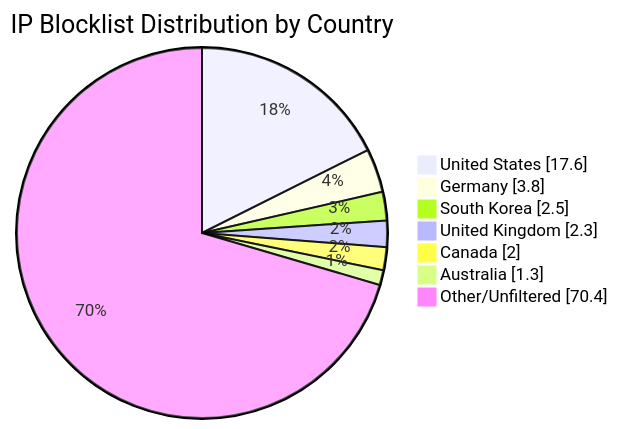
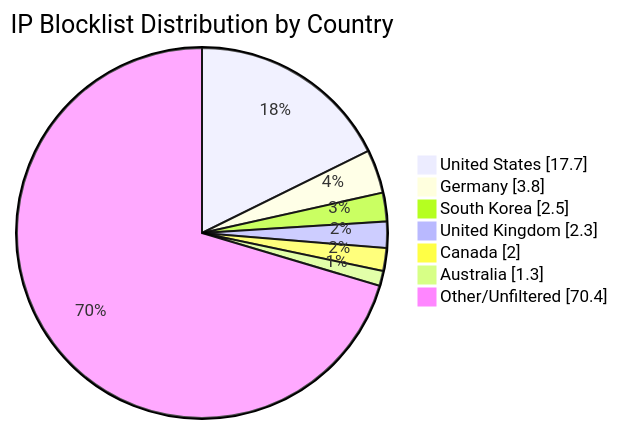
One commit to MarcusHoltz/ipblocklist-geofiltered-aggregator changed the diagram in README.md. Above: the diagram before and after it, drawn with Mermaid. The commit also changed other lines of this file and 9 other files, not shown here.

````diff
--- a/README.md
+++ b/README.md
@@ -34,10 +34,10 @@
 ```mermaid
 pie showData title IP Blocklist Distribution by Country
-"United States" : 17.6
+"United States" : 17.7
 "Germany" : 3.8
 "South Korea" : 2.5
 "United Kingdom" : 2.3
 "Canada" : 2.0
 "Australia" : 1.3
 "Other/Unfiltered" : 70.4
 ```
````
